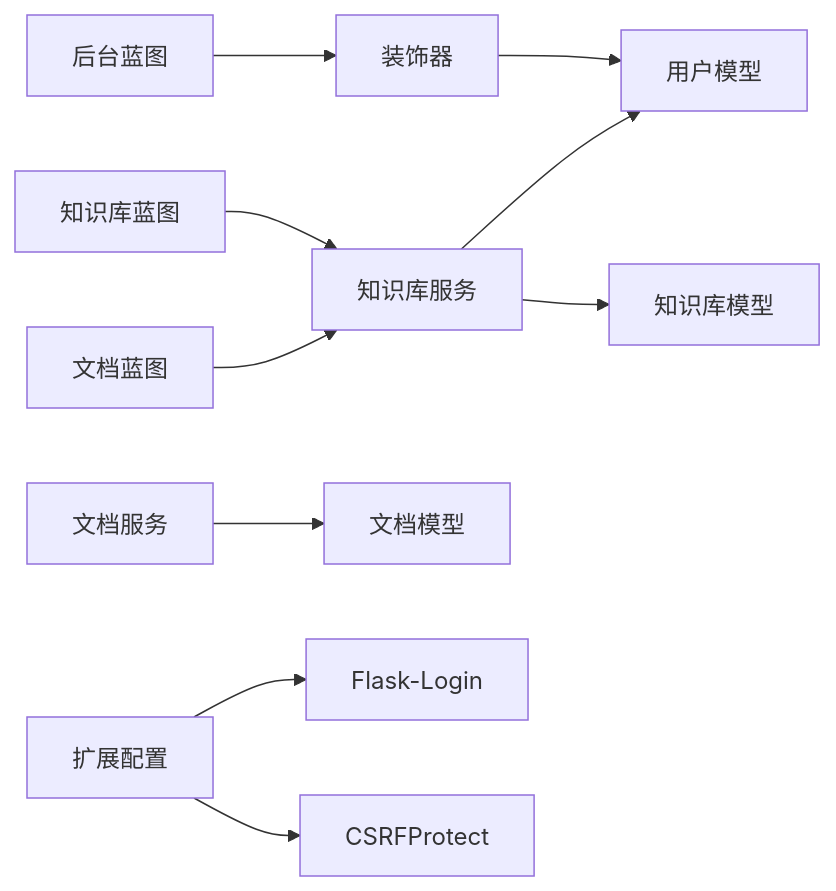
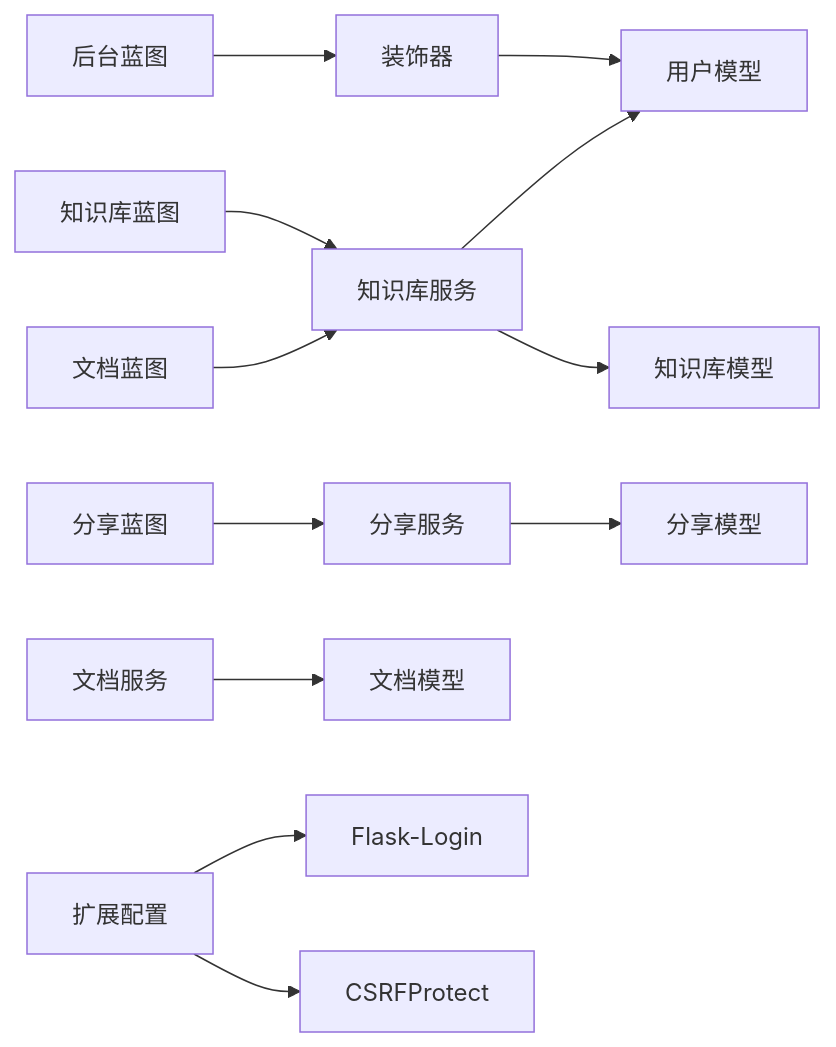
One commit to beyondalbert/my_wiki changed the sixth of 6 diagrams in .qoder/repowiki/zh/content/核心模块/权限控制系统.md. Above: the diagram before and after it, drawn with Mermaid. The commit also changed other lines of this file and 11 other files, not shown here.

````diff
--- a/.qoder/repowiki/zh/content/核心模块/权限控制系统.md
+++ b/.qoder/repowiki/zh/content/核心模块/权限控制系统.md
@@ -357,12 +408,14 @@
 ```mermaid
 graph LR
 DEC["装饰器"] --> U["用户模型"]
 BP_ADM["后台蓝图"] --> DEC
 BP_KB["知识库蓝图"] --> SVC_KB["知识库服务"]
 BP_DOC["文档蓝图"] --> SVC_KB
+BP_SHARE["分享蓝图"] --> SVC_SHARE["分享服务"]
 SVC_KB --> KB["知识库模型"]
 SVC_KB --> U
 SVC_DOC["文档服务"] --> DOC["文档模型"]
+SVC_SHARE --> SHARE["分享模型"]
 EXT["扩展配置"] --> L["Flask-Login"]
 EXT --> CSRF["CSRFProtect"]
 ```
````
